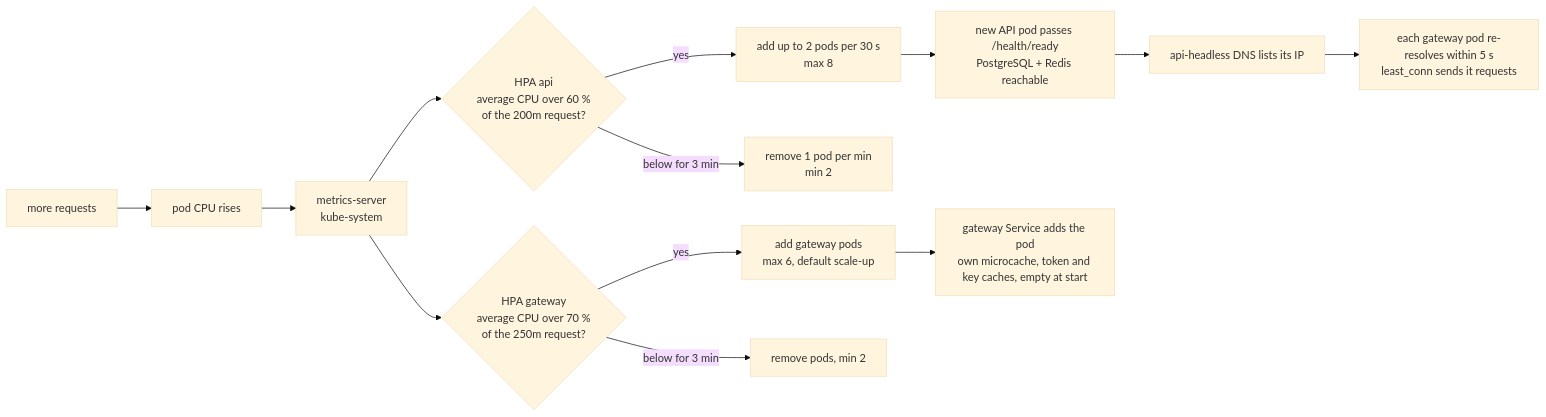
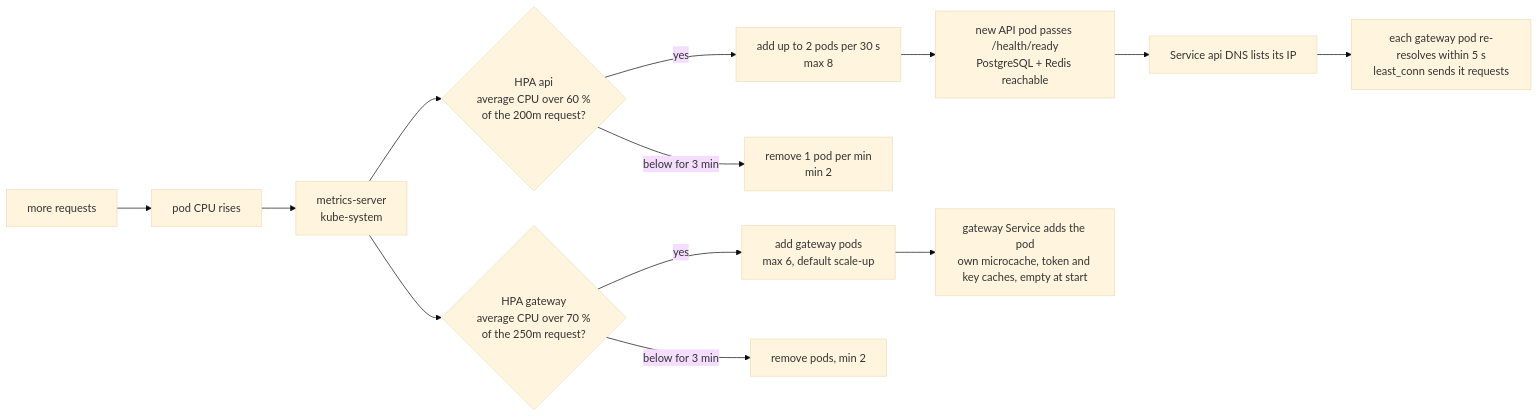
Diagram 16 of 19 in docs/flows.md (RubenCipriano/zeiss-product-management), drawn with Mermaid (base theme) before and after one commit. The commit also changed other lines of this file and 50 other files, not shown here.

````diff
--- a/docs/flows.md
+++ b/docs/flows.md
@@ -711,17 +765,17 @@
 ```mermaid
 flowchart LR
     load["more requests"] --> cpu["pod CPU rises"]
     cpu --> ms["metrics-server<br/>kube-system"]
     ms --> hapi{"HPA api<br/>average CPU over 60 %<br/>of the 200m request?"}
     ms --> hgw{"HPA gateway<br/>average CPU over 70 %<br/>of the 250m request?"}
 
     hapi -->|"yes"| upapi["add up to 2 pods per 30 s<br/>max 8"]
     hapi -->|"below for 3 min"| downapi["remove 1 pod per min<br/>min 2"]
     upapi --> ready["new API pod passes /health/ready<br/>PostgreSQL + Redis reachable"]
-    ready --> dns["api-headless DNS lists its IP"]
+    ready --> dns["Service api DNS lists its IP"]
     dns --> lb["each gateway pod re-resolves within 5 s<br/>least_conn sends it requests"]
 
     hgw -->|"yes"| upgw["add gateway pods<br/>max 6, default scale-up"]
     hgw -->|"below for 3 min"| downgw["remove pods, min 2"]
     upgw --> svc["gateway Service adds the pod<br/>own microcache, token and key caches, empty at start"]
 ```
````
